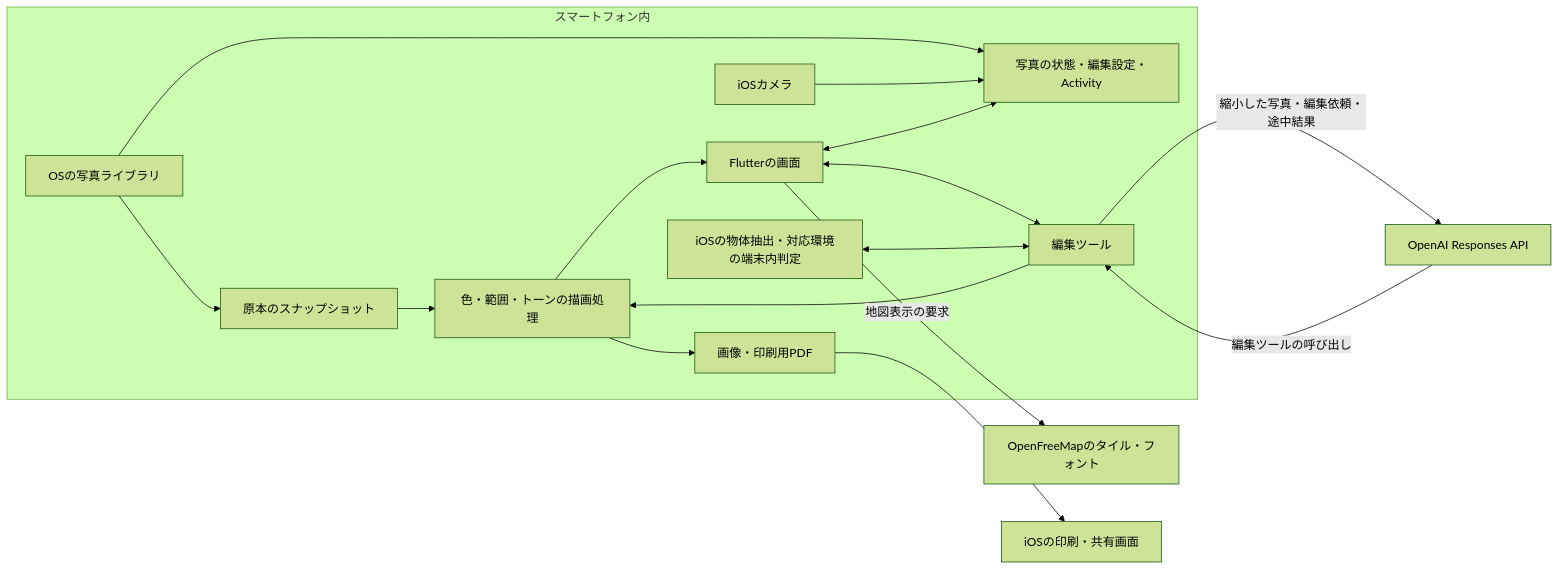
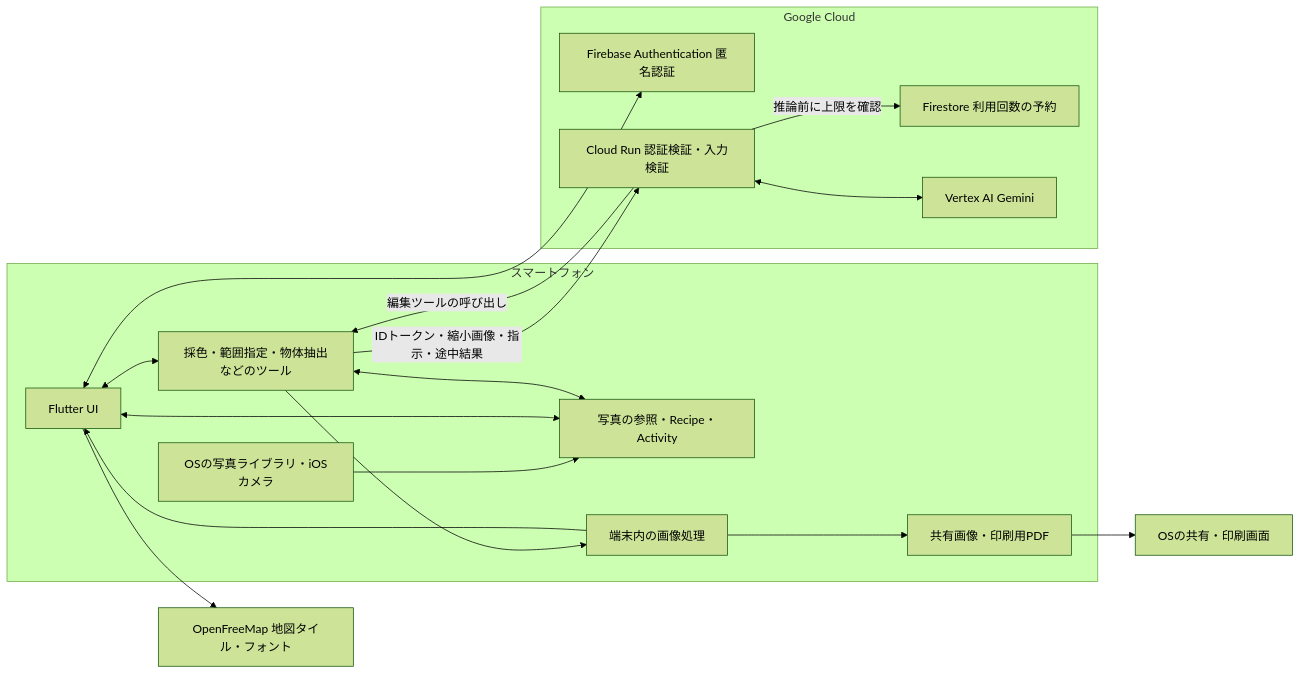
Before and after one commit to Devfest-Hackathon-2026/df-2026-t212: the diagram in docs/submission/architecture.md, drawn with Mermaid (forest theme). The commit also changed other lines of this file and 12 other files, not shown here.

Commit message:
Align submission documents with the deployed Google Cloud architecture

````diff
--- a/docs/submission/architecture.md
+++ b/docs/submission/architecture.md
@@ -7,30 +7,31 @@
 ```mermaid
 flowchart LR
-  subgraph Device[スマートフォン内]
-    Photos[OSの写真ライブラリ]
-    Camera[iOSカメラ]
-    UI[Flutterの画面]
-    Store[写真の状態・編集設定・Activity]
-    Tools[編集ツール]
-    Renderer[色・範囲・トーンの描画処理]
-    Source[原本のスナップショット]
-    Export[画像・印刷用PDF]
-    Native[iOSの物体抽出・対応環境の端末内判定]
+  subgraph Device[スマートフォン]
+    Photos[OSの写真ライブラリ・iOSカメラ]
+    UI[Flutter UI]
+    Store[写真の参照・Recipe・Activity]
+    Tools[採色・範囲指定・物体抽出などのツール]
+    Render[端末内の画像処理]
+    Export[共有画像・印刷用PDF]
     Photos --> Store
-    Photos --> Source
-    Camera --> Store
     UI <--> Store
     UI <--> Tools
-    Tools --> Renderer
-    Source --> Renderer
-    Renderer --> UI
-    Renderer --> Export
-    Native <--> Tools
+    Tools <--> Store
+    Tools --> Render
+    Render --> UI
+    Render --> Export
   end
-  Agent[OpenAI Responses API]
-  Map[OpenFreeMapのタイル・フォント]
-  UI -->|地図表示の要求| Map
-  Tools -->|縮小した写真・編集依頼・途中結果| Agent
-  Agent -->|編集ツールの呼び出し| Tools
-  Export --> Print[iOSの印刷・共有画面]
+  subgraph Cloud[Google Cloud]
+    Auth[Firebase Authentication 匿名認証]
+    Run[Cloud Run 認証検証・入力検証]
+    Quota[Firestore 利用回数の予約]
+    Gemini[Vertex AI Gemini]
+    Run -->|推論前に上限を確認| Quota
+    Run <--> Gemini
+  end
+  UI <--> Auth
+  Tools -->|IDトークン・縮小画像・指示・途中結果| Run
+  Run -->|編集ツールの呼び出し| Tools
+  UI --> Map[OpenFreeMap 地図タイル・フォント]
+  Export --> OS[OSの共有・印刷画面]
 ```
````
